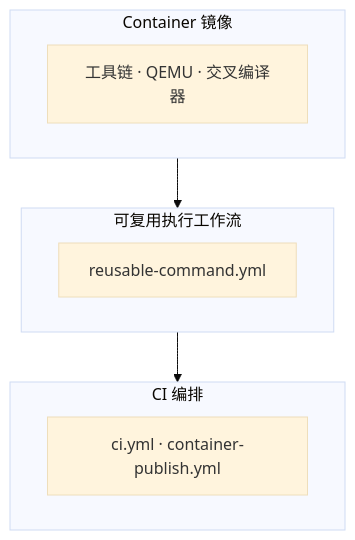
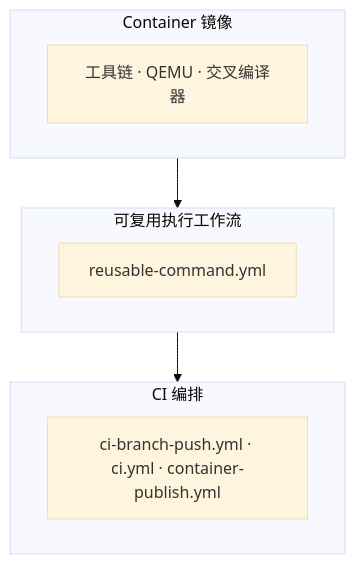
Before and after one commit to rcore-os/tgoskits: the diagram in docs/docs/build/ci.md, drawn with Mermaid (base theme). The commit also changed other lines of this file and 3 other files, not shown here.

````diff
--- a/docs/docs/build/ci.md
+++ b/docs/docs/build/ci.md
@@ -14,13 +14,13 @@
 ```mermaid
 flowchart TB
     subgraph L1["Container 镜像"]
         L1_D["工具链 · QEMU · 交叉编译器"]
     end
     subgraph L2["可复用执行工作流"]
         L2_D["reusable-command.yml"]
     end
     subgraph L3["CI 编排"]
-        L3_D["ci.yml · container-publish.yml"]
+        L3_D["ci-branch-push.yml · ci.yml · container-publish.yml"]
     end
     L1 --> L2 --> L3
 ```
````
